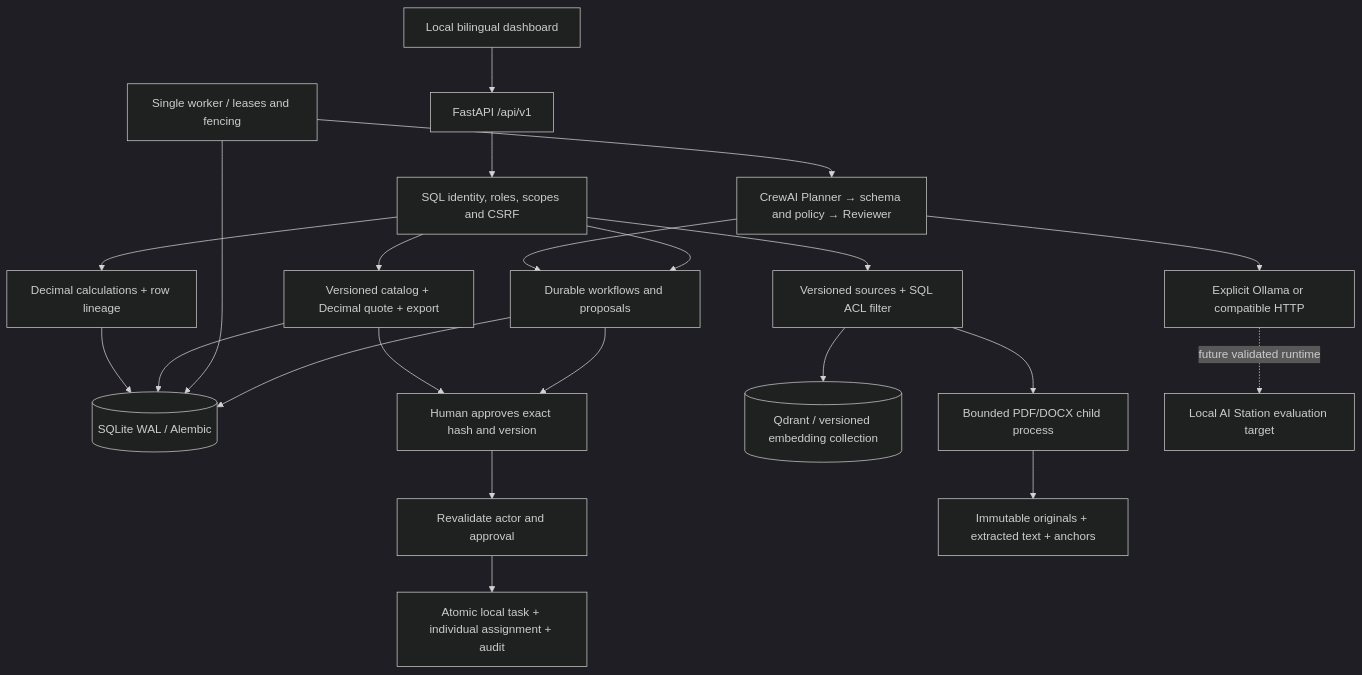
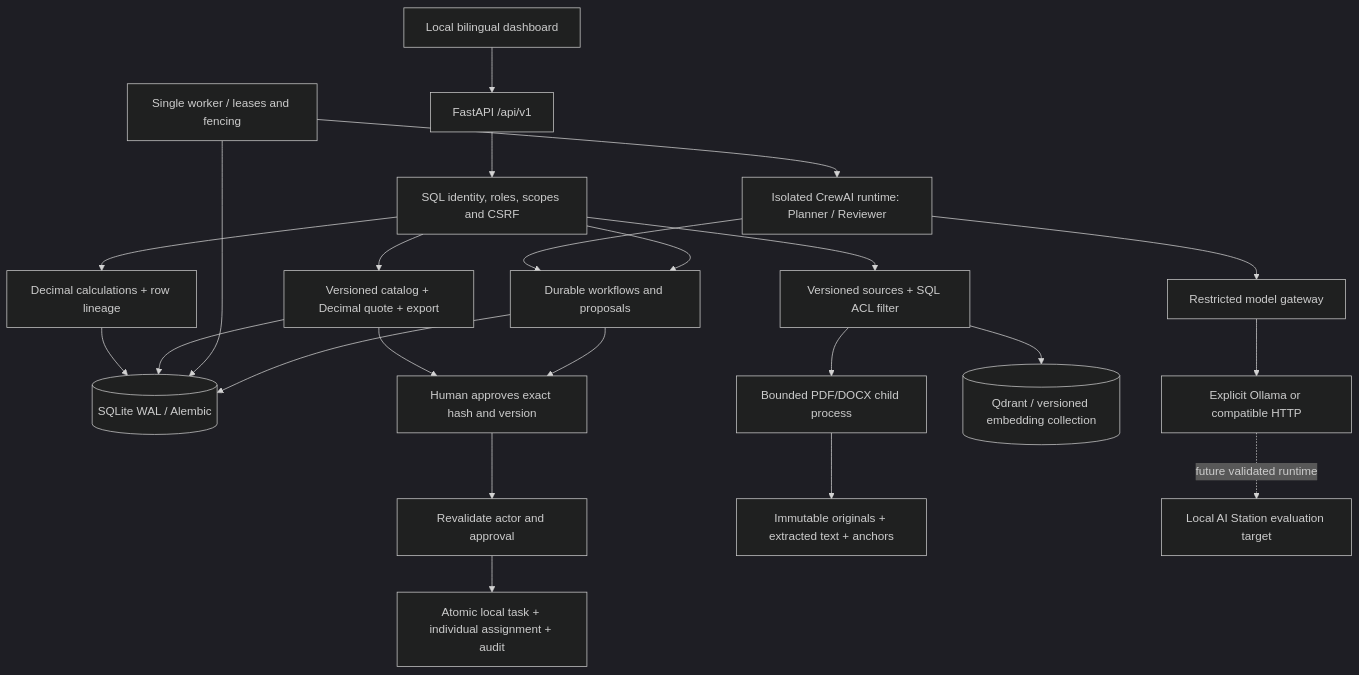
Before and after one commit to edkhv/ai-office: the diagram in docs/ARCHITECTURE.md, drawn with Mermaid (dark theme). The commit also changed other lines of this file and 69 other files, not shown here.

Commit message:
Add company pilot onboarding, encrypted recovery and isolated local inference (#2)

````diff
--- a/docs/ARCHITECTURE.md
+++ b/docs/ARCHITECTURE.md
@@ -5,24 +5,25 @@
 ```mermaid
 flowchart TD
     UI[Local bilingual dashboard] --> API[FastAPI /api/v1]
     API --> AUTH[SQL identity, roles, scopes and CSRF]
     AUTH --> WF[Durable workflows and proposals]
     WF --> DB[(SQLite WAL / Alembic)]
     WORKER[Single worker / leases and fencing] --> DB
-    WORKER --> PLAN[CrewAI Planner → schema and policy → Reviewer]
-    PLAN --> LOCAL[Explicit Ollama or compatible HTTP]
+    WORKER --> PLAN[Isolated CrewAI runtime: Planner / Reviewer]
+    PLAN --> GATE[Restricted model gateway]
+    GATE --> LOCAL[Explicit Ollama or compatible HTTP]
     PLAN --> WF
     WF --> APPROVE[Human approves exact hash and version]
     APPROVE --> EXEC[Revalidate actor and approval]
     EXEC --> TASKS[Atomic local task + individual assignment + audit]
     AUTH --> QUOTES[Versioned catalog + Decimal quote + export]
     QUOTES --> APPROVE
     QUOTES --> DB
     AUTH --> RAG[Versioned sources + SQL ACL filter]
     RAG --> Q[(Qdrant / versioned embedding collection)]
     RAG --> PARSE[Bounded PDF/DOCX child process]
     PARSE --> FILES[Immutable originals + extracted text + anchors]
     AUTH --> METRIC[Decimal calculations + row lineage]
     METRIC --> DB
     LOCAL -. future validated runtime .-> HW[Local AI Station evaluation target]
 ```
````
